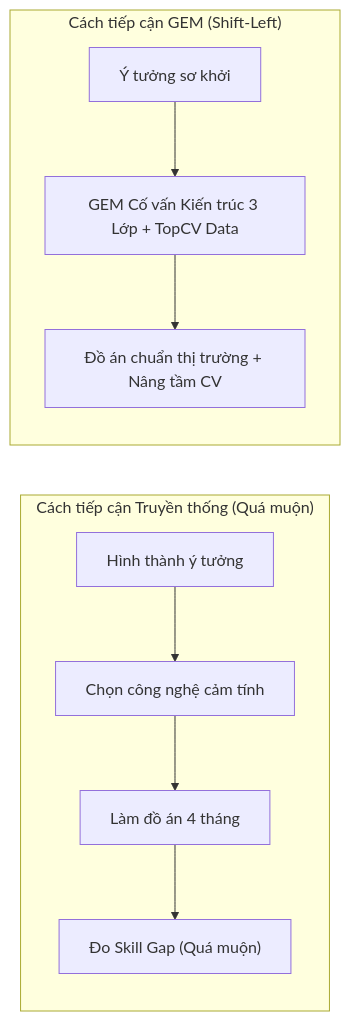
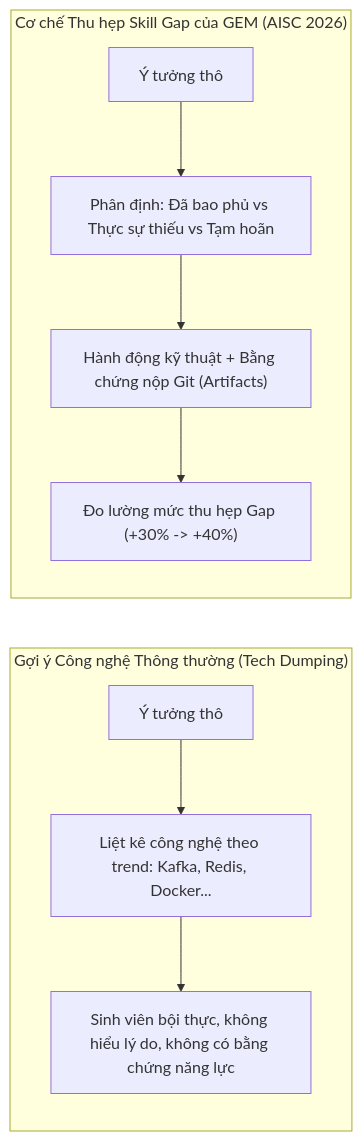
Before and after one commit to PoemN-1212/AISC26_LUSTRA_GEM: the first of 2 diagrams in README.md, drawn with Mermaid. The commit also changed other lines of this file and 9 other files, not shown here.

````diff
--- a/README.md
+++ b/README.md
@@ -51,9 +59,9 @@
 ```mermaid
 graph LR
-    subgraph Traditional ["Cách tiếp cận Truyền thống (Quá muộn)"]
-        T1["Hình thành ý tưởng"] --> T2["Chọn công nghệ cảm tính"] --> T3["Làm đồ án 4 tháng"] --> T4["Đo Skill Gap (Quá muộn)"]
+    subgraph Traditional ["Gợi ý Công nghệ Thông thường (Tech Dumping)"]
+        T1["Ý tưởng thô"] --> T2["Liệt kê công nghệ theo trend: Kafka, Redis, Docker..."] --> T3["Sinh viên bội thực, không hiểu lý do, không có bằng chứng năng lực"]
     end
-    subgraph GEM_ShiftLeft ["Cách tiếp cận GEM (Shift-Left)"]
-        G1["Ý tưởng sơ khởi"] --> G2["GEM Cố vấn Kiến trúc 3 Lớp + TopCV Data"] --> G3["Đồ án chuẩn thị trường + Nâng tầm CV"]
+    subgraph GEM_Approach ["Cơ chế Thu hẹp Skill Gap của GEM (AISC 2026)"]
+        G1["Ý tưởng thô"] --> G2["Phân định: Đã bao phủ vs Thực sự thiếu vs Tạm hoãn"] --> G3["Hành động kỹ thuật + Bằng chứng nộp Git (Artifacts)"] --> G4["Đo lường mức thu hẹp Gap (+30% -> +40%)"]
     end
 ```
````
